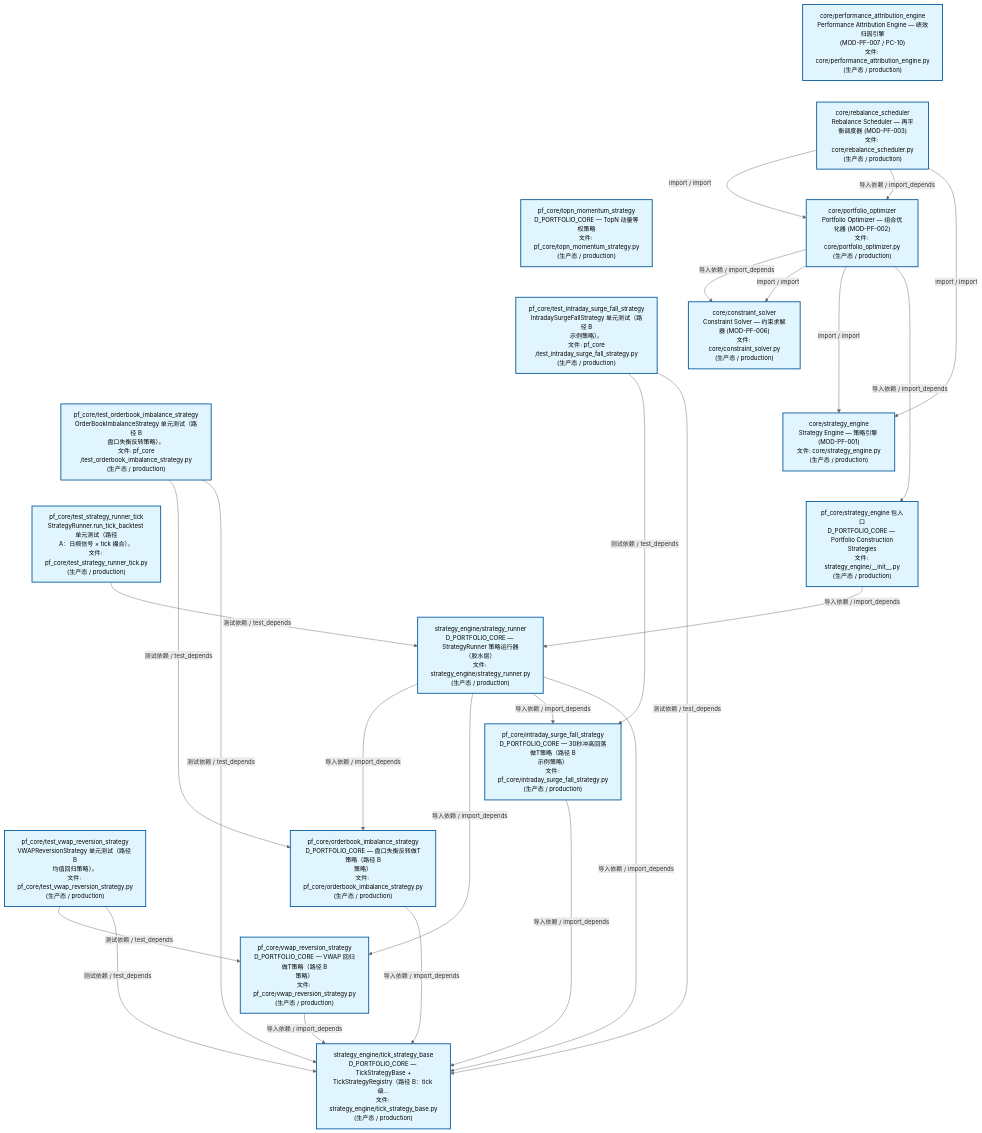
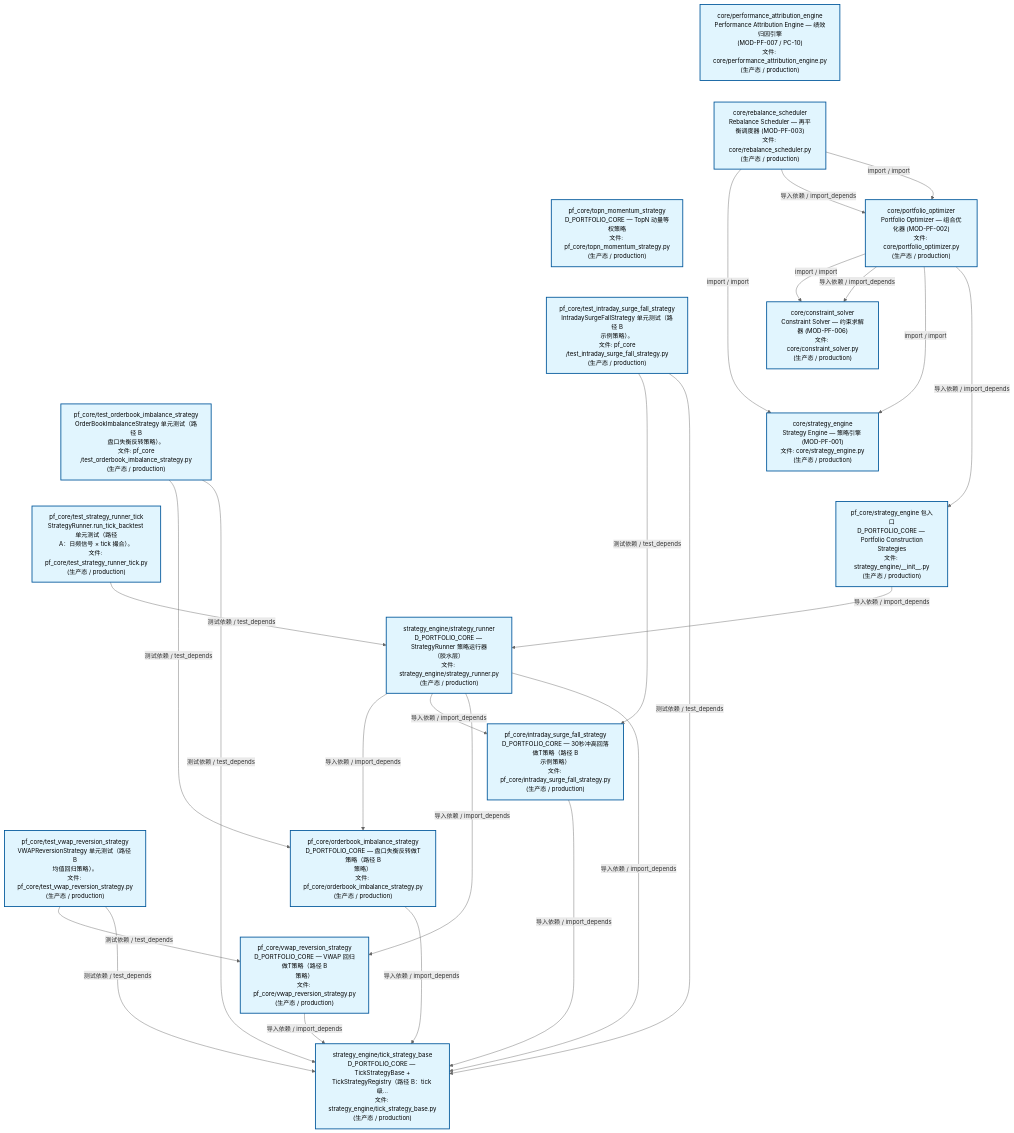
Before and after one commit to xuanFelixVan/ZephyrAlpha: the second of 3 diagrams in docs/02_enterprise_architecture/02_domain_architecture_docs/63_d_pf_core.md, drawn with Mermaid. The commit also changed other lines of this file and 47 other files, not shown here.

````diff
--- a/docs/02_enterprise_architecture/02_domain_architecture_docs/63_d_pf_core.md
+++ b/docs/02_enterprise_architecture/02_domain_architecture_docs/63_d_pf_core.md
@@ -139,57 +139,57 @@
 ```mermaid
 %%{init: {'theme': 'base', 'themeVariables': {'primaryColor': '#eaeaea', 'primaryTextColor': '#333333', 'primaryBorderColor': '#666666', 'lineColor': '#666666', 'secondaryColor': '#eaeaea', 'tertiaryColor': '#eaeaea', 'fontSize': '14px'}}}%%
 flowchart TD
     src_zephyr_pf_core_core_performance_attribution_engine_py["core/performance_attribution_engine<br/>Performance Attribution Engine — 绩效归因引擎<br/>(MOD-PF-007 / PC-10)<br/>文件: core/performance_attribution_engine.py<br/>(生产态 / production)"]
     src_zephyr_pf_core_core_rebalance_scheduler_py["core/rebalance_scheduler<br/>Rebalance Scheduler — 再平衡调度器 (MOD-PF-003)<br/>文件: core/rebalance_scheduler.py<br/>(生产态 / production)"]
     src_zephyr_pf_core_topn_momentum_strategy_py["pf_core/topn_momentum_strategy<br/>D_PORTFOLIO_CORE — TopN 动量等权策略<br/>文件: pf_core/topn_momentum_strategy.py<br/>(生产态 / production)"]
     tests_pf_core_test_intraday_surge_fall_strategy_py["pf_core/test_intraday_surge_fall_strategy<br/>IntradaySurgeFallStrategy 单元测试（路径 B<br/>示例策略）。<br/>文件: pf_core<br/>/test_intraday_surge_fall_strategy.py<br/>(生产态 / production)"]
     tests_pf_core_test_orderbook_imbalance_strategy_py["pf_core/test_orderbook_imbalance_strategy<br/>OrderBookImbalanceStrategy 单元测试（路径 B<br/>盘口失衡反转策略）。<br/>文件: pf_core<br/>/test_orderbook_imbalance_strategy.py<br/>(生产态 / production)"]
     tests_pf_core_test_strategy_runner_tick_py["pf_core/test_strategy_runner_tick<br/>StrategyRunner.run_tick_backtest 单元测试（路径<br/>A：日频信号 × tick 撮合）。<br/>文件: pf_core/test_strategy_runner_tick.py<br/>(生产态 / production)"]
     tests_pf_core_test_vwap_reversion_strategy_py["pf_core/test_vwap_reversion_strategy<br/>VWAPReversionStrategy 单元测试（路径 B<br/>均值回归策略）。<br/>文件: pf_core/test_vwap_reversion_strategy.py<br/>(生产态 / production)"]
     src_zephyr_pf_core_core_performance_attribution_engine_py ~~~ src_zephyr_pf_core_core_rebalance_scheduler_py
     src_zephyr_pf_core_core_rebalance_scheduler_py ~~~ src_zephyr_pf_core_topn_momentum_strategy_py
     src_zephyr_pf_core_topn_momentum_strategy_py ~~~ tests_pf_core_test_intraday_surge_fall_strategy_py
     tests_pf_core_test_intraday_surge_fall_strategy_py ~~~ tests_pf_core_test_orderbook_imbalance_strategy_py
     tests_pf_core_test_orderbook_imbalance_strategy_py ~~~ tests_pf_core_test_strategy_runner_tick_py
     tests_pf_core_test_strategy_runner_tick_py ~~~ tests_pf_core_test_vwap_reversion_strategy_py
     src_zephyr_pf_core_core_portfolio_optimizer_py["core/portfolio_optimizer<br/>Portfolio Optimizer — 组合优化器 (MOD-PF-002)<br/>文件: core/portfolio_optimizer.py<br/>(生产态 / production)"]
     src_zephyr_pf_core_core_constraint_solver_py["core/constraint_solver<br/>Constraint Solver — 约束求解器 (MOD-PF-006)<br/>文件: core/constraint_solver.py<br/>(生产态 / production)"]
     src_zephyr_pf_core_core_strategy_engine_py["core/strategy_engine<br/>Strategy Engine — 策略引擎 (MOD-PF-001)<br/>文件: core/strategy_engine.py<br/>(生产态 / production)"]
     src_zephyr_pf_core_strategy_engine_init_py["pf_core/strategy_engine 包入口<br/>D_PORTFOLIO_CORE — Portfolio Construction<br/>Strategies<br/>文件: strategy_engine/__init__.py<br/>(生产态 / production)"]
     src_zephyr_pf_core_core_constraint_solver_py ~~~ src_zephyr_pf_core_core_strategy_engine_py
     src_zephyr_pf_core_core_strategy_engine_py ~~~ src_zephyr_pf_core_strategy_engine_init_py
     src_zephyr_pf_core_strategy_engine_strategy_runner_py["strategy_engine/strategy_runner<br/>D_PORTFOLIO_CORE — StrategyRunner 策略运行器<br/>（胶水层）<br/>文件: strategy_engine/strategy_runner.py<br/>(生产态 / production)"]
     src_zephyr_pf_core_intraday_surge_fall_strategy_py["pf_core/intraday_surge_fall_strategy<br/>D_PORTFOLIO_CORE — 30秒冲高回落做T策略（路径 B<br/>示例策略）<br/>文件: pf_core/intraday_surge_fall_strategy.py<br/>(生产态 / production)"]
     src_zephyr_pf_core_orderbook_imbalance_strategy_py["pf_core/orderbook_imbalance_strategy<br/>D_PORTFOLIO_CORE — 盘口失衡反转做T策略（路径 B<br/>策略）<br/>文件: pf_core/orderbook_imbalance_strategy.py<br/>(生产态 / production)"]
     src_zephyr_pf_core_vwap_reversion_strategy_py["pf_core/vwap_reversion_strategy<br/>D_PORTFOLIO_CORE — VWAP 回归做T策略（路径 B<br/>策略）<br/>文件: pf_core/vwap_reversion_strategy.py<br/>(生产态 / production)"]
     src_zephyr_pf_core_intraday_surge_fall_strategy_py ~~~ src_zephyr_pf_core_orderbook_imbalance_strategy_py
     src_zephyr_pf_core_orderbook_imbalance_strategy_py ~~~ src_zephyr_pf_core_vwap_reversion_strategy_py
     src_zephyr_pf_core_strategy_engine_tick_strategy_base_py["strategy_engine/tick_strategy_base<br/>D_PORTFOLIO_CORE — TickStrategyBase +<br/>TickStrategyRegistry（路径 B：tick 级...<br/>文件: strategy_engine/tick_strategy_base.py<br/>(生产态 / production)"]
     src_zephyr_pf_core_orderbook_imbalance_strategy_py -->|导入依赖 / import_depends| src_zephyr_pf_core_strategy_engine_tick_strategy_base_py
+    src_zephyr_pf_core_intraday_surge_fall_strategy_py -->|导入依赖 / import_depends| src_zephyr_pf_core_strategy_engine_tick_strategy_base_py
     src_zephyr_pf_core_vwap_reversion_strategy_py -->|导入依赖 / import_depends| src_zephyr_pf_core_strategy_engine_tick_strategy_base_py
-    src_zephyr_pf_core_intraday_surge_fall_strategy_py -->|导入依赖 / import_depends| src_zephyr_pf_core_strategy_engine_tick_strategy_base_py
-    src_zephyr_pf_core_core_rebalance_scheduler_py -->|import / import| src_zephyr_pf_core_core_portfolio_optimizer_py
-    src_zephyr_pf_core_core_rebalance_scheduler_py -->|导入依赖 / import_depends| src_zephyr_pf_core_core_portfolio_optimizer_py
-    src_zephyr_pf_core_core_rebalance_scheduler_py -->|import / import| src_zephyr_pf_core_core_strategy_engine_py
+    src_zephyr_pf_core_core_portfolio_optimizer_py -->|import / import| src_zephyr_pf_core_core_constraint_solver_py
     src_zephyr_pf_core_core_portfolio_optimizer_py -->|导入依赖 / import_depends| src_zephyr_pf_core_core_constraint_solver_py
-    src_zephyr_pf_core_core_portfolio_optimizer_py -->|import / import| src_zephyr_pf_core_core_constraint_solver_py
     src_zephyr_pf_core_core_portfolio_optimizer_py -->|import / import| src_zephyr_pf_core_core_strategy_engine_py
     src_zephyr_pf_core_core_portfolio_optimizer_py -->|导入依赖 / import_depends| src_zephyr_pf_core_strategy_engine_init_py
+    src_zephyr_pf_core_strategy_engine_strategy_runner_py -->|导入依赖 / import_depends| src_zephyr_pf_core_orderbook_imbalance_strategy_py
+    src_zephyr_pf_core_strategy_engine_strategy_runner_py -->|导入依赖 / import_depends| src_zephyr_pf_core_intraday_surge_fall_strategy_py
+    src_zephyr_pf_core_strategy_engine_strategy_runner_py -->|导入依赖 / import_depends| src_zephyr_pf_core_vwap_reversion_strategy_py
+    src_zephyr_pf_core_strategy_engine_strategy_runner_py -->|导入依赖 / import_depends| src_zephyr_pf_core_strategy_engine_tick_strategy_base_py
     src_zephyr_pf_core_strategy_engine_init_py -->|导入依赖 / import_depends| src_zephyr_pf_core_strategy_engine_strategy_runner_py
-    src_zephyr_pf_core_strategy_engine_strategy_runner_py -->|导入依赖 / import_depends| src_zephyr_pf_core_orderbook_imbalance_strategy_py
-    src_zephyr_pf_core_strategy_engine_strategy_runner_py -->|导入依赖 / import_depends| src_zephyr_pf_core_vwap_reversion_strategy_py
-    src_zephyr_pf_core_strategy_engine_strategy_runner_py -->|导入依赖 / import_depends| src_zephyr_pf_core_intraday_surge_fall_strategy_py
-    src_zephyr_pf_core_strategy_engine_strategy_runner_py -->|导入依赖 / import_depends| src_zephyr_pf_core_strategy_engine_tick_strategy_base_py
+    src_zephyr_pf_core_core_rebalance_scheduler_py -->|import / import| src_zephyr_pf_core_core_strategy_engine_py
+    src_zephyr_pf_core_core_rebalance_scheduler_py -->|导入依赖 / import_depends| src_zephyr_pf_core_core_portfolio_optimizer_py
+    src_zephyr_pf_core_core_rebalance_scheduler_py -->|import / import| src_zephyr_pf_core_core_portfolio_optimizer_py
+    tests_pf_core_test_intraday_surge_fall_strategy_py -->|测试依赖 / test_depends| src_zephyr_pf_core_intraday_surge_fall_strategy_py
+    tests_pf_core_test_intraday_surge_fall_strategy_py -->|测试依赖 / test_depends| src_zephyr_pf_core_strategy_engine_tick_strategy_base_py
     tests_pf_core_test_orderbook_imbalance_strategy_py -->|测试依赖 / test_depends| src_zephyr_pf_core_orderbook_imbalance_strategy_py
     tests_pf_core_test_orderbook_imbalance_strategy_py -->|测试依赖 / test_depends| src_zephyr_pf_core_strategy_engine_tick_strategy_base_py
+    tests_pf_core_test_strategy_runner_tick_py -->|测试依赖 / test_depends| src_zephyr_pf_core_strategy_engine_strategy_runner_py
     tests_pf_core_test_vwap_reversion_strategy_py -->|测试依赖 / test_depends| src_zephyr_pf_core_vwap_reversion_strategy_py
     tests_pf_core_test_vwap_reversion_strategy_py -->|测试依赖 / test_depends| src_zephyr_pf_core_strategy_engine_tick_strategy_base_py
-    tests_pf_core_test_intraday_surge_fall_strategy_py -->|测试依赖 / test_depends| src_zephyr_pf_core_intraday_surge_fall_strategy_py
-    tests_pf_core_test_intraday_surge_fall_strategy_py -->|测试依赖 / test_depends| src_zephyr_pf_core_strategy_engine_tick_strategy_base_py
-    tests_pf_core_test_strategy_runner_tick_py -->|测试依赖 / test_depends| src_zephyr_pf_core_strategy_engine_strategy_runner_py
     classDef production fill:#e1f5fe,stroke:#01579b,stroke-width:2px,color:#000
     classDef design fill:#fff3e0,stroke:#e65100,stroke-width:2px,color:#000,stroke-dasharray: 5 5
     classDef external_prod fill:#e8f4fd,stroke:#0277bd,stroke-width:1px,color:#000
     classDef external_design fill:#fff8e7,stroke:#ef6c00,stroke-width:1px,color:#000,stroke-dasharray: 5 5
     class src_zephyr_pf_core_core_constraint_solver_py,src_zephyr_pf_core_core_performance_attribution_engine_py,src_zephyr_pf_core_core_portfolio_optimizer_py,src_zephyr_pf_core_core_rebalance_scheduler_py,src_zephyr_pf_core_core_strategy_engine_py,src_zephyr_pf_core_intraday_surge_fall_strategy_py,src_zephyr_pf_core_orderbook_imbalance_strategy_py,src_zephyr_pf_core_strategy_engine_init_py,src_zephyr_pf_core_strategy_engine_strategy_runner_py,src_zephyr_pf_core_strategy_engine_tick_strategy_base_py,src_zephyr_pf_core_topn_momentum_strategy_py,src_zephyr_pf_core_vwap_reversion_strategy_py,tests_pf_core_test_intraday_surge_fall_strategy_py,tests_pf_core_test_orderbook_imbalance_strategy_py,tests_pf_core_test_strategy_runner_tick_py,tests_pf_core_test_vwap_reversion_strategy_py production
 ```
````
